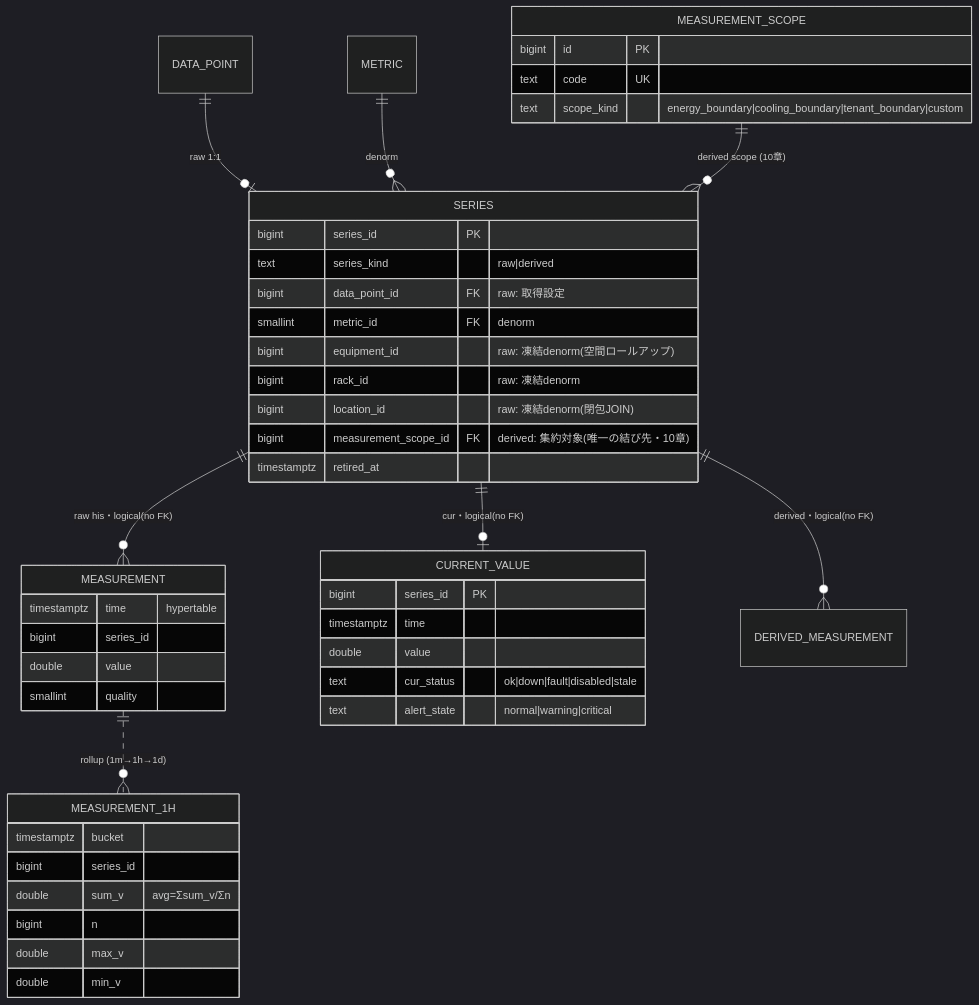
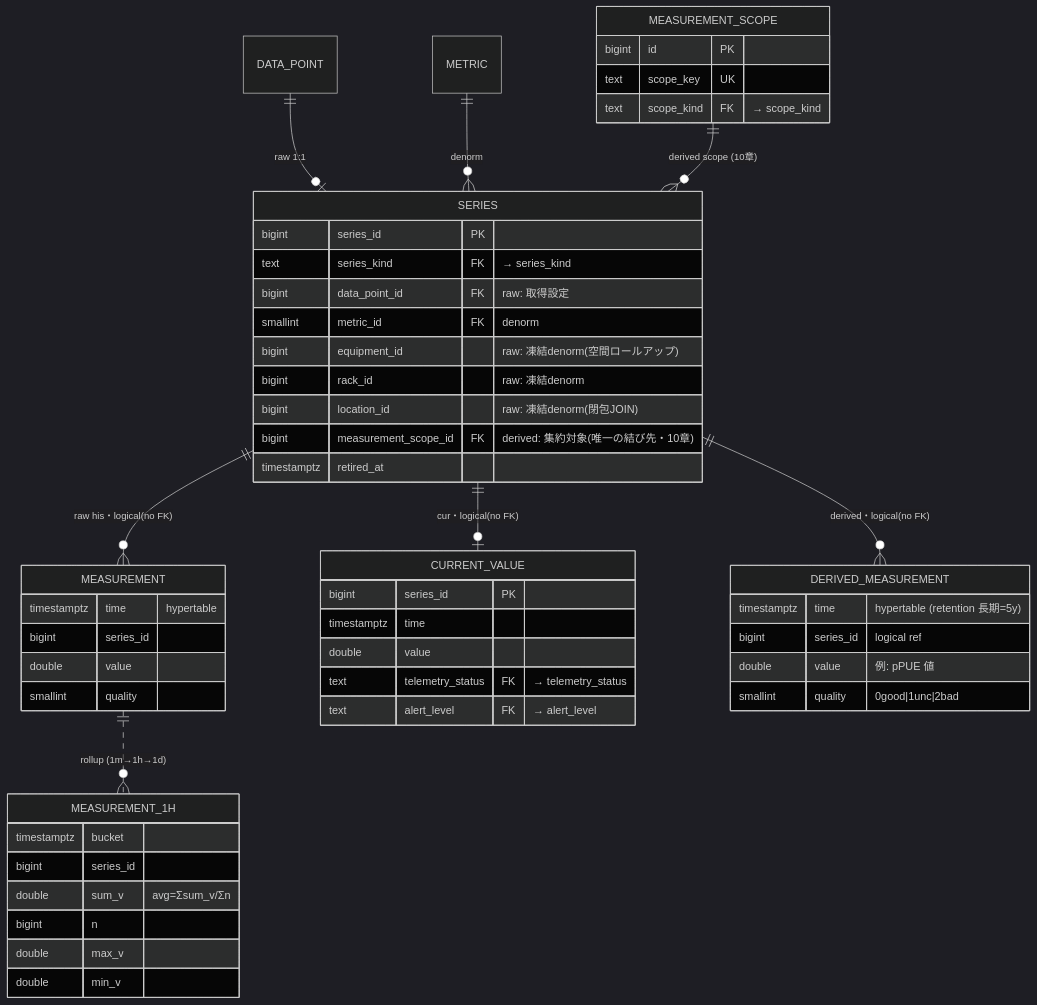
One commit to hn-11/dcim-schema-design changed the sixth of 11 diagrams in 03-finalists.md. Above: the diagram before and after it, drawn with Mermaid (dark theme). The commit also changed other lines of this file and 8 other files, not shown here.

First line of the commit message:
refactor(schema): 論理グルーピング追加 + 型制約全面改訂 + 構造リファクタ

````diff
--- a/03-finalists.md
+++ b/03-finalists.md
@@ -337,48 +356,54 @@
 ```mermaid
 erDiagram
     DATA_POINT ||--o| SERIES : "raw 1:1"
     METRIC ||--o{ SERIES : "denorm"
     MEASUREMENT_SCOPE ||--o{ SERIES : "derived scope (10章)"
     SERIES ||--o{ MEASUREMENT : "raw his・logical(no FK)"
     SERIES ||--o| CURRENT_VALUE : "cur・logical(no FK)"
     SERIES ||--o{ DERIVED_MEASUREMENT : "derived・logical(no FK)"
     MEASUREMENT ||..o{ MEASUREMENT_1H : "rollup (1m→1h→1d)"
 
     MEASUREMENT_SCOPE {
         bigint id PK
-        text code UK
-        text scope_kind "energy_boundary|cooling_boundary|tenant_boundary|custom"
+        text scope_key UK
+        text scope_kind FK "→ scope_kind"
     }
     SERIES {
         bigint series_id PK
-        text series_kind "raw|derived"
+        text series_kind FK "→ series_kind"
         bigint data_point_id FK "raw: 取得設定"
         smallint metric_id FK "denorm"
         bigint equipment_id "raw: 凍結denorm(空間ロールアップ)"
         bigint rack_id "raw: 凍結denorm"
         bigint location_id "raw: 凍結denorm(閉包JOIN)"
         bigint measurement_scope_id FK "derived: 集約対象(唯一の結び先・10章)"
         timestamptz retired_at
     }
     MEASUREMENT {
         timestamptz time "hypertable"
         bigint series_id
         double value
         smallint quality
     }
     CURRENT_VALUE {
         bigint series_id PK
         timestamptz time
         double value
-        text cur_status "ok|down|fault|disabled|stale"
-        text alert_state "normal|warning|critical"
+        text telemetry_status FK "→ telemetry_status"
+        text alert_level FK "→ alert_level"
+    }
+    DERIVED_MEASUREMENT {
+        timestamptz time "hypertable (retention 長期=5y)"
+        bigint series_id "logical ref"
+        double value "例: pPUE 値"
+        smallint quality "0good|1unc|2bad"
     }
     MEASUREMENT_1H {
         timestamptz bucket
         bigint series_id
         double sum_v "avg=Σsum_v/Σn"
         bigint n
         double max_v
         double min_v
     }
 ```
````
